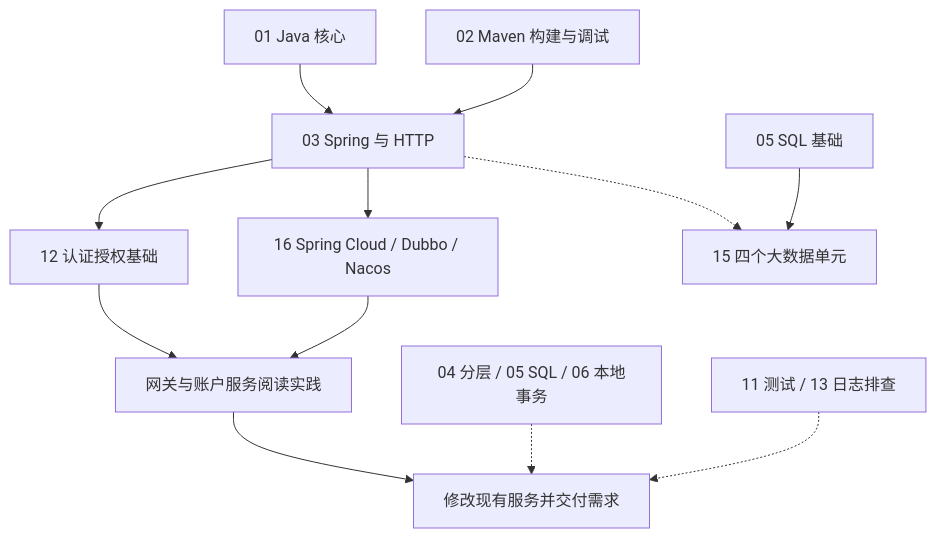
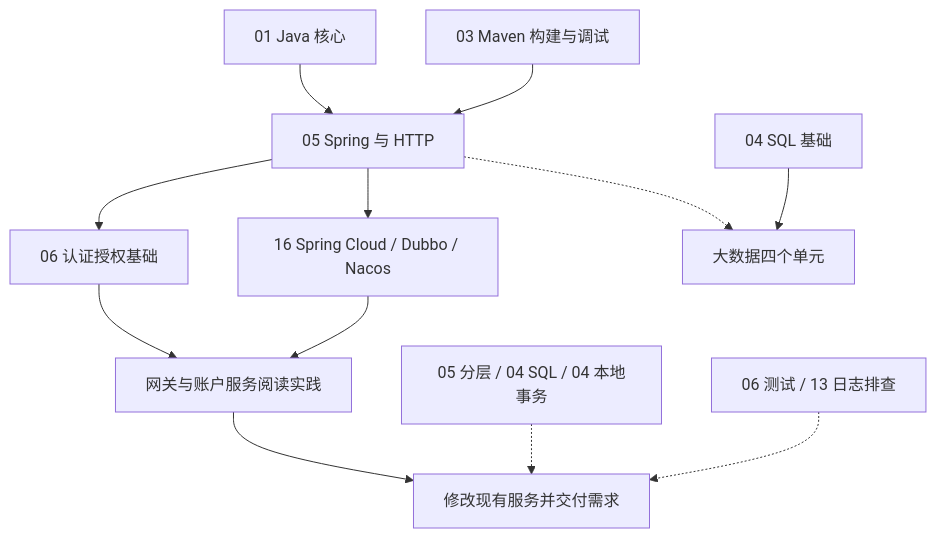
The diagram in docs/index.md (Mr-giraff/backend-roadmap), drawn with Mermaid before and after one commit. The commit also changed other lines of this file and 284 other files, not shown here.

````diff
--- a/docs/index.md
+++ b/docs/index.md
@@ -51,14 +62,14 @@
 ```mermaid
 flowchart TD
-    J["01 Java 核心"] --> S["03 Spring 与 HTTP"]
-    M["02 Maven 构建与调试"] --> S
-    S --> A["12 认证授权基础"]
+    J["01 Java 核心"] --> S["05 Spring 与 HTTP"]
+    M["03 Maven 构建与调试"] --> S
+    S --> A["06 认证授权基础"]
     S --> C["16 Spring Cloud / Dubbo / Nacos"]
     A --> R["网关与账户服务阅读实践"]
     C --> R
     R --> F["修改现有服务并交付需求"]
-    B["04 分层 / 05 SQL / 06 本地事务"] -.-> F
-    Q["11 测试 / 13 日志排查"] -.-> F
-    SQL["05 SQL 基础"] --> DATA["15 四个大数据单元"]
+    B["05 分层 / 04 SQL / 04 本地事务"] -.-> F
+    Q["06 测试 / 13 日志排查"] -.-> F
+    SQL["04 SQL 基础"] --> DATA["大数据四个单元"]
     S -.-> DATA
 ```
````
